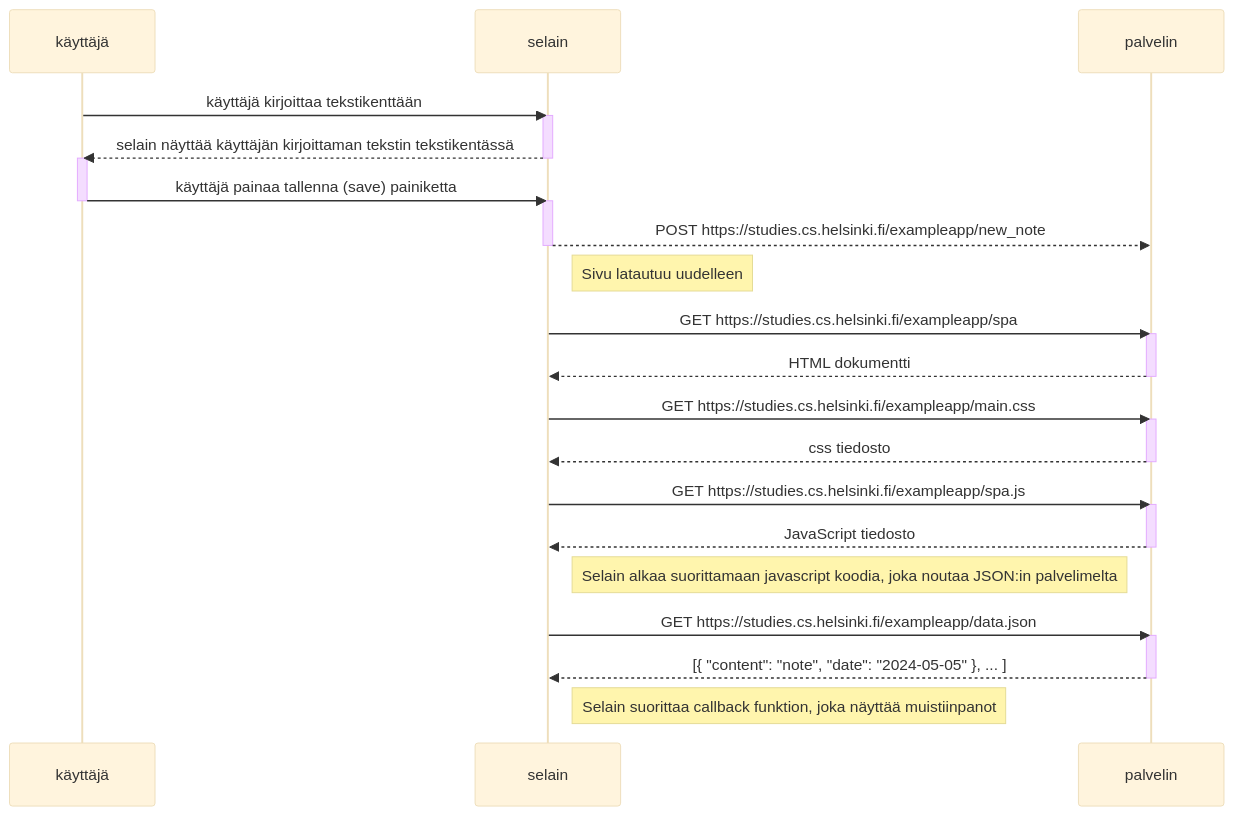
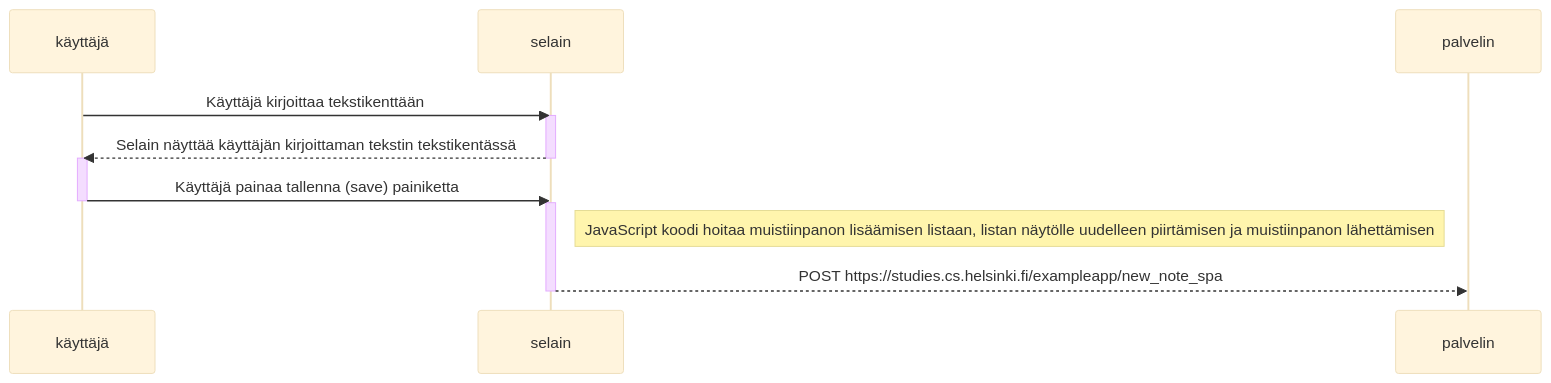
Before and after one commit to RRambo/Fullstack-Open: the diagram in osa0/0.6: Uusi muistiinpano.md, drawn with Mermaid (base theme).

Commit message:
Update 0.6: Uusi muistiinpano.md
Tehtävä on mielestäni valmis

````diff
--- a/osa0/0.6: Uusi muistiinpano.md
+++ b/osa0/0.6: Uusi muistiinpano.md
@@ -1,45 +1,21 @@
 ```mermaid
     sequenceDiagram
         participant käyttäjä
         participant selain
         participant palvelin
         
-        käyttäjä->>selain: käyttäjä kirjoittaa tekstikenttään
+        käyttäjä->>selain: Käyttäjä kirjoittaa tekstikenttään
         activate selain
-        selain-->>käyttäjä: selain näyttää käyttäjän kirjoittaman tekstin tekstikentässä
+        selain-->>käyttäjä: Selain näyttää käyttäjän kirjoittaman tekstin tekstikentässä
         deactivate selain
 	activate käyttäjä
         
-        käyttäjä->>selain: käyttäjä painaa tallenna (save) painiketta
+        käyttäjä->>selain: Käyttäjä painaa tallenna (save) painiketta
 	deactivate käyttäjä
         activate selain
-        selain-->>palvelin: POST https://studies.cs.helsinki.fi/exampleapp/new_note
+
+	Note right of selain: JavaScript koodi hoitaa muistiinpanon lisäämisen listaan, listan näytölle uudelleen piirtämisen ja muistiinpanon lähettämisen
+	
+        selain-->>palvelin: POST https://studies.cs.helsinki.fi/exampleapp/new_note_spa
         deactivate selain
-
-	Note right of selain: Sivu latautuu uudelleen
-	
-        
-	selain->>palvelin: GET https://studies.cs.helsinki.fi/exampleapp/spa
-	activate palvelin
-	palvelin-->>selain: HTML dokumentti
-	deactivate palvelin
-	    
-	selain->>palvelin: GET https://studies.cs.helsinki.fi/exampleapp/main.css
-	activate palvelin
-	palvelin-->>selain: css tiedosto
-	deactivate palvelin
-	    
-	selain->>palvelin: GET https://studies.cs.helsinki.fi/exampleapp/spa.js
-	activate palvelin
-	palvelin-->>selain: JavaScript tiedosto
-	deactivate palvelin
-	    
-	Note right of selain: Selain alkaa suorittamaan javascript koodia, joka noutaa JSON:in palvelimelta
-	    
-	selain->>palvelin: GET https://studies.cs.helsinki.fi/exampleapp/data.json
-	activate palvelin
-	palvelin-->>selain: [{ "content": "note", "date": "2024-05-05" }, ... ]
-	deactivate palvelin    
-	
-	Note right of selain: Selain suorittaa callback funktion, joka näyttää muistiinpanot
 ```
````
